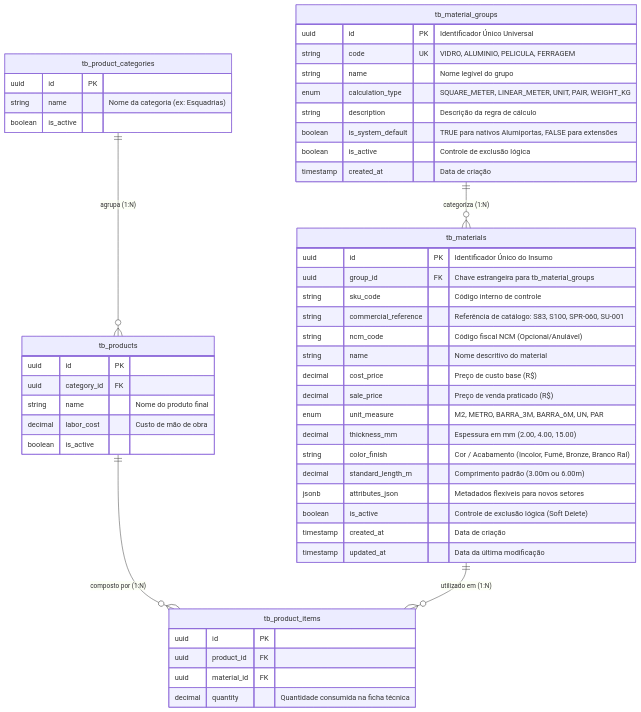
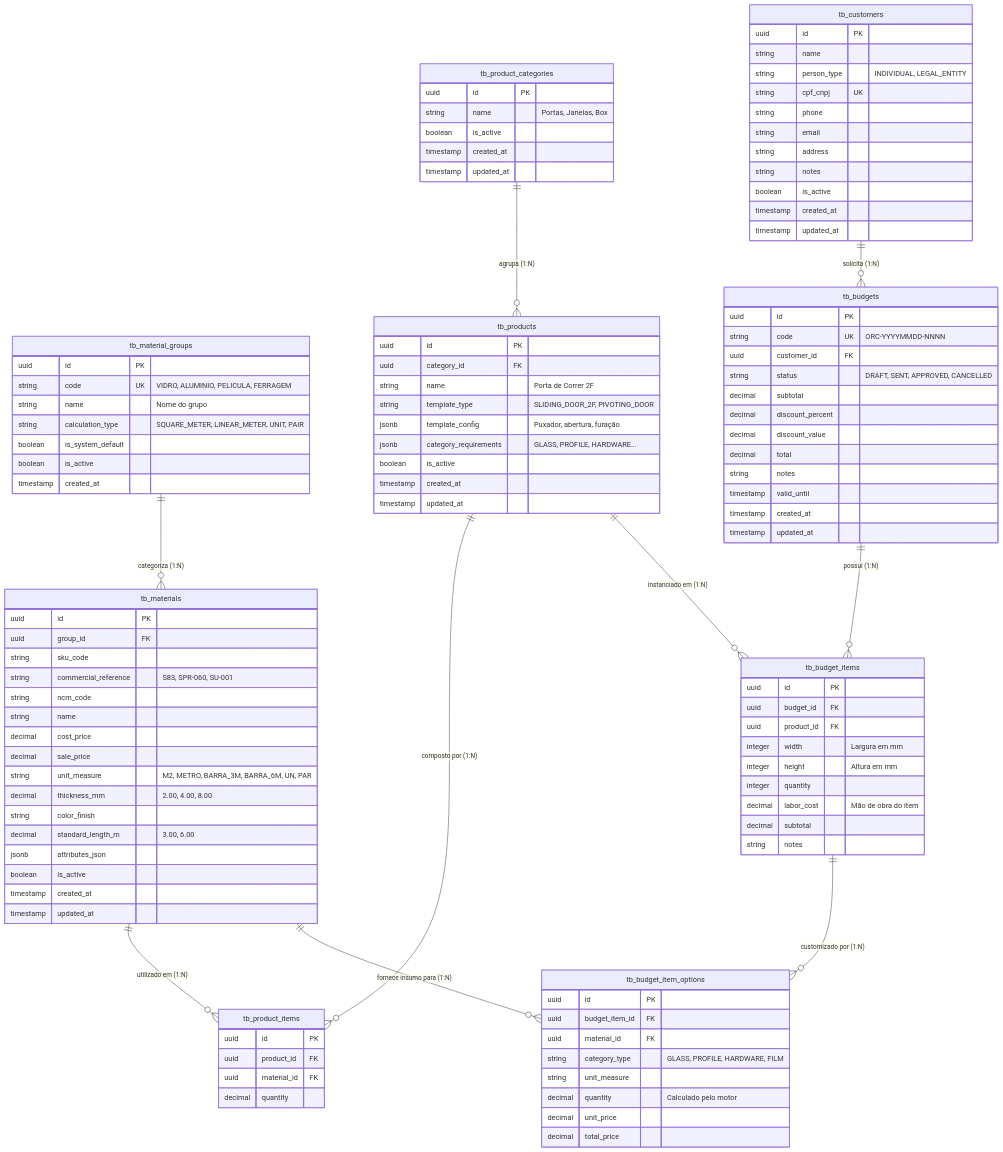
The diagram in docs/sistema/001-analise-projeto/DER-Catalogo_Materiais.md (ADS-IFPB-SR/alumigest), drawn with Mermaid before and after one commit. The commit also changed other lines of this file and 93 other files, not shown here.

````diff
--- a/docs/sistema/001-analise-projeto/DER-Catalogo_Materiais.md
+++ b/docs/sistema/001-analise-projeto/DER-Catalogo_Materiais.md
@@ -31,54 +35,117 @@
     tb_products ||--o{ tb_product_items : "composto por (1:N)"
     tb_materials ||--o{ tb_product_items : "utilizado em (1:N)"
     
+    tb_customers ||--o{ tb_budgets : "solicita (1:N)"
+    tb_budgets ||--o{ tb_budget_items : "possui (1:N)"
+    tb_products ||--o{ tb_budget_items : "instanciado em (1:N)"
+    tb_budget_items ||--o{ tb_budget_item_options : "customizado por (1:N)"
+    tb_materials ||--o{ tb_budget_item_options : "fornece insumo para (1:N)"
+
     tb_material_groups {
-        uuid id PK "Identificador Único Universal"
+        uuid id PK
         string code UK "VIDRO, ALUMINIO, PELICULA, FERRAGEM"
-        string name "Nome legível do grupo"
-        enum calculation_type "SQUARE_METER, LINEAR_METER, UNIT, PAIR, WEIGHT_KG"
-        string description "Descrição da regra de cálculo"
-        boolean is_system_default "TRUE para nativos Alumiportas, FALSE para extensões"
-        boolean is_active "Controle de exclusão lógica"
-        timestamp created_at "Data de criação"
+        string name "Nome do grupo"
+        string calculation_type "SQUARE_METER, LINEAR_METER, UNIT, PAIR"
+        boolean is_system_default
+        boolean is_active
+        timestamp created_at
     }
 
     tb_materials {
-        uuid id PK "Identificador Único do Insumo"
-        uuid group_id FK "Chave estrangeira para tb_material_groups"
-        string sku_code "Código interno de controle"
-        string commercial_reference "Referência de catálogo: S83, S100, SPR-060, SU-001"
-        string ncm_code "Código fiscal NCM (Opcional/Anulável)"
-        string name "Nome descritivo do material"
-        decimal cost_price "Preço de custo base (R$)"
-        decimal sale_price "Preço de venda praticado (R$)"
-        enum unit_measure "M2, METRO, BARRA_3M, BARRA_6M, UN, PAR"
-        decimal thickness_mm "Espessura em mm (2.00, 4.00, 15.00)"
-        string color_finish "Cor / Acabamento (Incolor, Fumê, Bronze, Branco Ral)"
-        decimal standard_length_m "Comprimento padrão (3.00m ou 6.00m)"
-        jsonb attributes_json "Metadados flexíveis para novos setores"
-        boolean is_active "Controle de exclusão lógica (Soft Delete)"
-        timestamp created_at "Data de criação"
-        timestamp updated_at "Data da última modificação"
+        uuid id PK
+        uuid group_id FK
+        string sku_code
+        string commercial_reference "S83, SPR-060, SU-001"
+        string ncm_code
+        string name
+        decimal cost_price
+        decimal sale_price
+        string unit_measure "M2, METRO, BARRA_3M, BARRA_6M, UN, PAR"
+        decimal thickness_mm "2.00, 4.00, 8.00"
+        string color_finish
+        decimal standard_length_m "3.00, 6.00"
+        jsonb attributes_json
+        boolean is_active
+        timestamp created_at
+        timestamp updated_at
     }
 
     tb_product_categories {
         uuid id PK
-        string name "Nome da categoria (ex: Esquadrias)"
+        string name "Portas, Janelas, Box"
         boolean is_active
+        timestamp created_at
+        timestamp updated_at
     }
 
     tb_products {
         uuid id PK
         uuid category_id FK
-        string name "Nome do produto final"
-        decimal labor_cost "Custo de mão de obra"
+        string name "Porta de Correr 2F"
+        string template_type "SLIDING_DOOR_2F, PIVOTING_DOOR"
+        jsonb template_config "Puxador, abertura, furação"
+        jsonb category_requirements "GLASS, PROFILE, HARDWARE..."
         boolean is_active
+        timestamp created_at
+        timestamp updated_at
     }
 
     tb_product_items {
         uuid id PK
         uuid product_id FK
         uuid material_id FK
-        decimal quantity "Quantidade consumida na ficha técnica"
+        decimal quantity
+    }
+
+    tb_customers {
+        uuid id PK
+        string name
+        string person_type "INDIVIDUAL, LEGAL_ENTITY"
+        string cpf_cnpj UK
+        string phone
+        string email
+        string address
+        string notes
+        boolean is_active
+        timestamp created_at
+        timestamp updated_at
+    }
+
+    tb_budgets {
+        uuid id PK
+        string code UK "ORC-YYYYMMDD-NNNN"
+        uuid customer_id FK
+        string status "DRAFT, SENT, APPROVED, CANCELLED"
+        decimal subtotal
+        decimal discount_percent
+        decimal discount_value
+        decimal total
+        string notes
+        timestamp valid_until
+        timestamp created_at
+        timestamp updated_at
+    }
+
+    tb_budget_items {
+        uuid id PK
+        uuid budget_id FK
+        uuid product_id FK
+        integer width "Largura em mm"
+        integer height "Altura em mm"
+        integer quantity
+        decimal labor_cost "Mão de obra do item"
+        decimal subtotal
+        string notes
+    }
+
+    tb_budget_item_options {
+        uuid id PK
+        uuid budget_item_id FK
+        uuid material_id FK
+        string category_type "GLASS, PROFILE, HARDWARE, FILM"
+        string unit_measure
+        decimal quantity "Calculado pelo motor"
+        decimal unit_price
+        decimal total_price
     }
 ```
````
